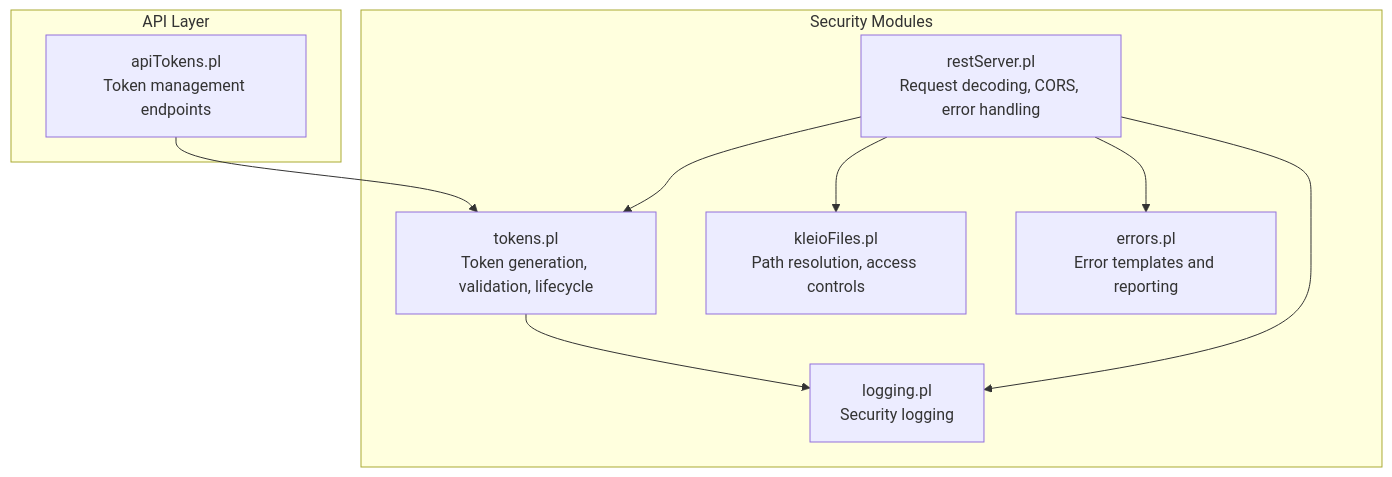
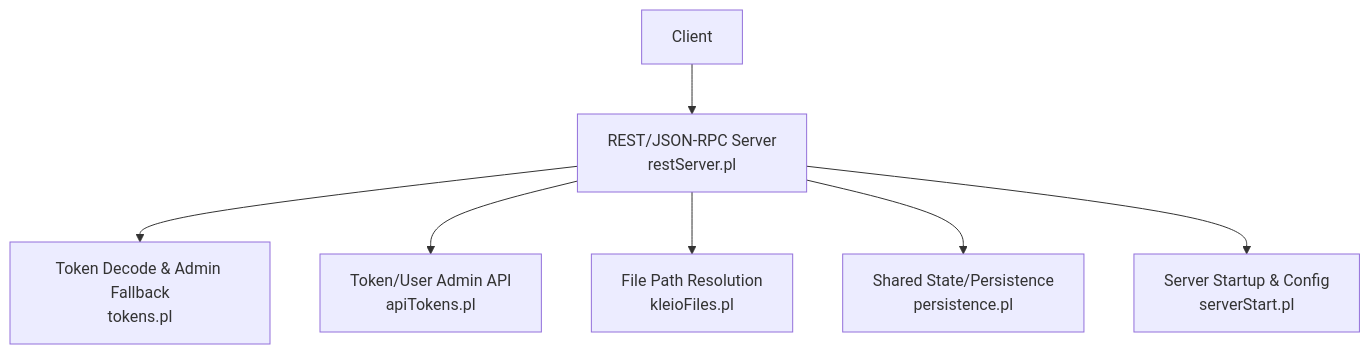
One commit to time-link/timelink-kleio changed the first of 10 diagrams in .qoder/repowiki/en/content/Authentication and Security.md. Above: the diagram before and after it, drawn with Mermaid. The commit also changed other lines of this file and 225 other files, not shown here.

````diff
--- a/.qoder/repowiki/en/content/Authentication and Security.md
+++ b/.qoder/repowiki/en/content/Authentication and Security.md
@@ -35,19 +37,9 @@
 ```mermaid
 graph TB
-subgraph "Security Modules"
-T["tokens.pl<br/>Token generation, validation, lifecycle"]
-RT["restServer.pl<br/>Request decoding, CORS, error handling"]
-LG["logging.pl<br/>Security logging"]
-KL["kleioFiles.pl<br/>Path resolution, access controls"]
-ER["errors.pl<br/>Error templates and reporting"]
-end
-subgraph "API Layer"
-AT["apiTokens.pl<br/>Token management endpoints"]
-end
-AT --> T
-RT --> T
-RT --> KL
-T --> LG
-RT --> LG
-RT --> ER
+Client["Client"] --> RS["REST/JSON-RPC Server<br/>restServer.pl"]
+RS --> Auth["Token Decode & Admin Fallback<br/>tokens.pl"]
+RS --> API_T["Token/User Admin API<br/>apiTokens.pl"]
+RS --> FS["File Path Resolution<br/>kleioFiles.pl"]
+RS --> Persist["Shared State/Persistence<br/>persistence.pl"]
+RS --> Start["Server Startup & Config<br/>serverStart.pl"]
 ```
````
